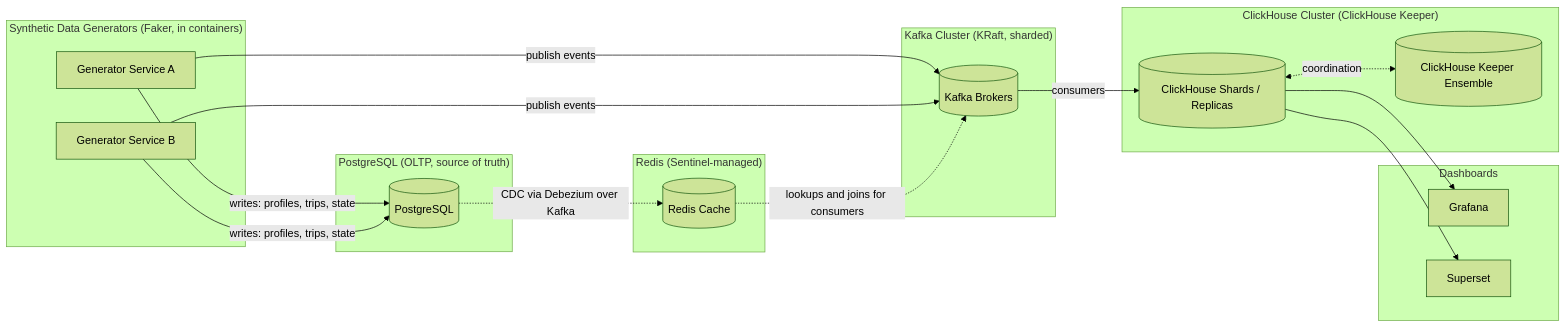
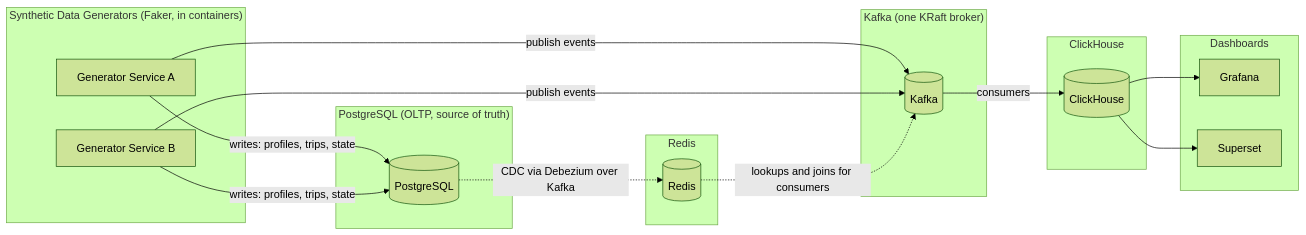
Before and after one commit to bahman-farhadian/Meanul-Data-Studio: the first of 9 diagrams in README.md, drawn with Mermaid (forest theme). The commit also changed other lines of this file and 8 other files, not shown here.

````diff
--- a/README.md
+++ b/README.md
@@ -54,43 +53,41 @@
 ```mermaid
 graph LR
     subgraph Generators ["Synthetic Data Generators (Faker, in containers)"]
         G1["Generator Service A"]
         G2["Generator Service B"]
     end
 
     subgraph OLTP ["PostgreSQL (OLTP, source of truth)"]
         PG[("PostgreSQL")]
     end
 
-    subgraph Cache ["Redis (Sentinel-managed)"]
-        R[("Redis Cache")]
+    subgraph Cache ["Redis"]
+        R[("Redis")]
     end
 
-    subgraph Streaming ["Kafka Cluster (KRaft, sharded)"]
-        K[("Kafka Brokers")]
+    subgraph Streaming ["Kafka (one KRaft broker)"]
+        K[("Kafka")]
     end
 
-    subgraph OLAP ["ClickHouse Cluster (ClickHouse Keeper)"]
-        CH[("ClickHouse Shards / Replicas")]
-        KE[("ClickHouse Keeper Ensemble")]
+    subgraph OLAP ["ClickHouse"]
+        CH[("ClickHouse")]
     end
 
     subgraph Dashboards ["Dashboards"]
         GF["Grafana"]
         SS["Superset"]
     end
 
     G1 -->|"writes: profiles, trips, state"| PG
     G2 -->|"writes: profiles, trips, state"| PG
     PG -.->|"CDC via Debezium over Kafka"| R
 
     G1 -->|"publish events"| K
     G2 -->|"publish events"| K
 
     R -.->|"lookups and joins for consumers"| K
     K -->|"consumers"| CH
 
-    CH <-.->|"coordination"| KE
     CH --> GF
     CH --> SS
 ```
````
